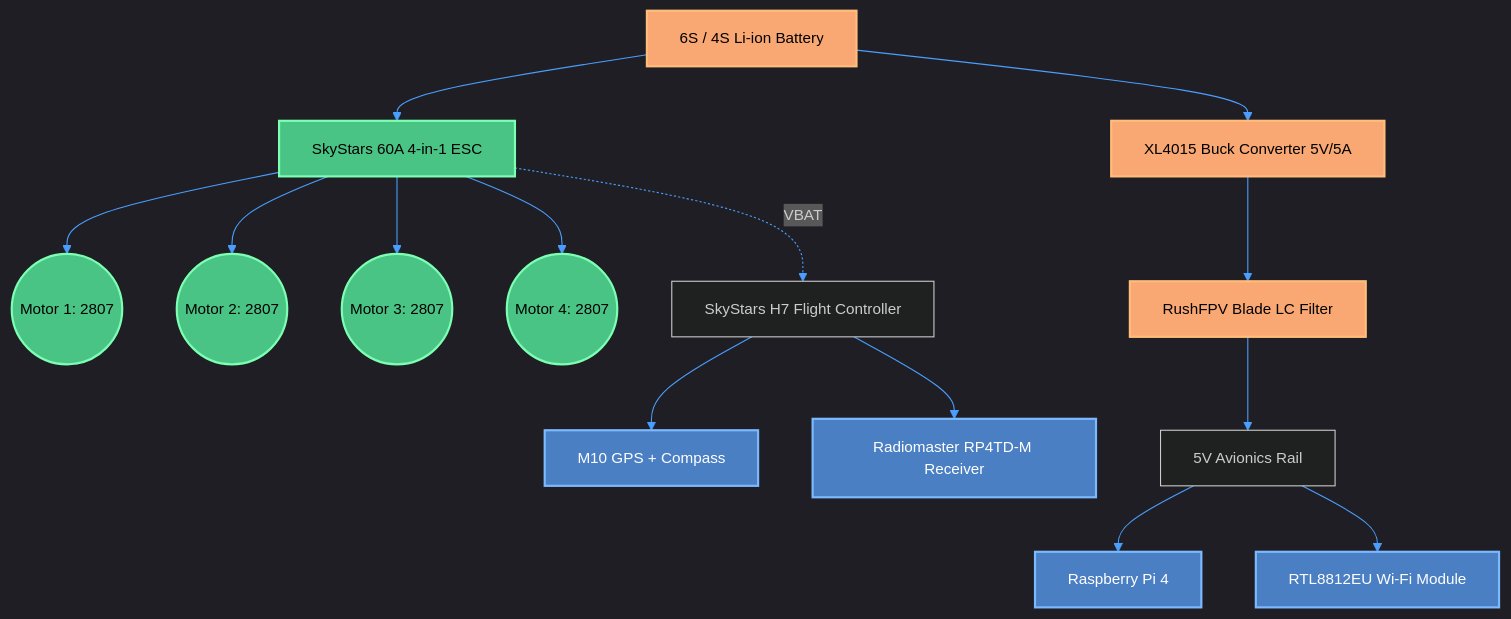
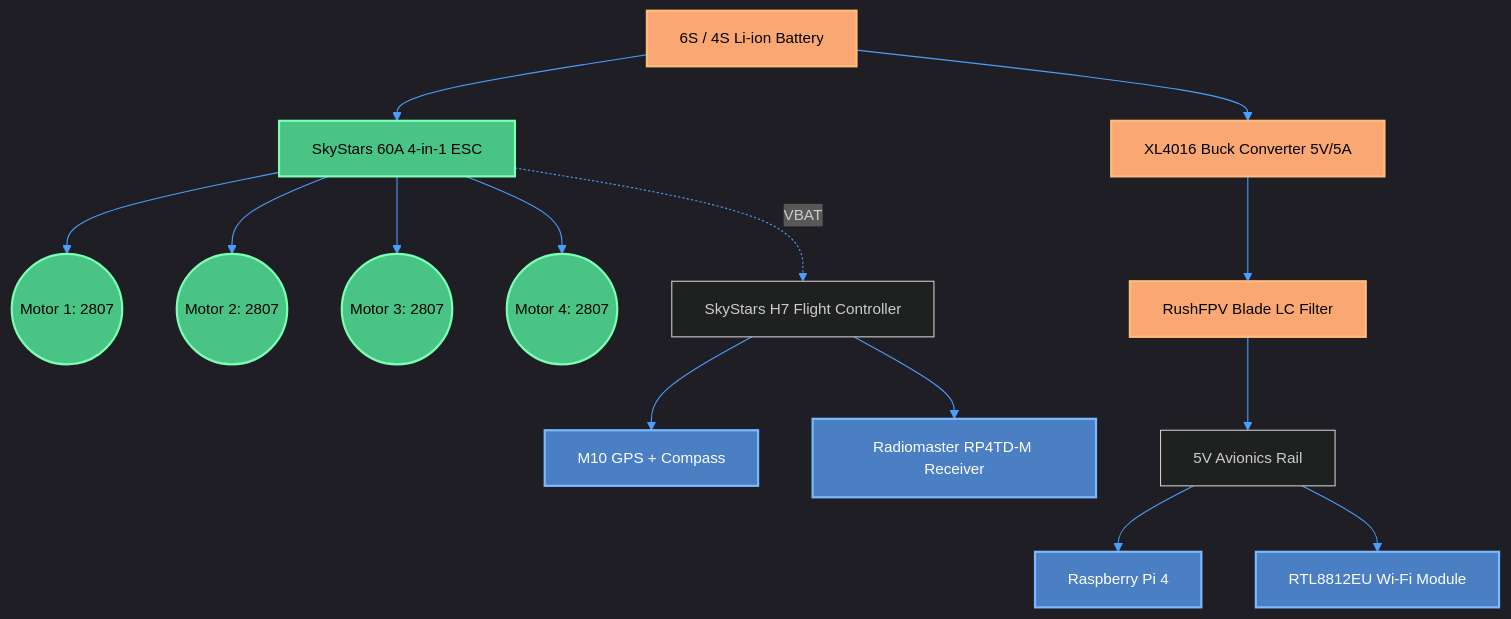
One commit to ironLegion88/Autonomous-UAV changed the first of 3 diagrams in docs/Power_Consumption_and_Budget.md. Above: the diagram before and after it, drawn with Mermaid. The commit also changed other lines of this file and 2 other files, not shown here.

````diff
--- a/docs/Power_Consumption_and_Budget.md
+++ b/docs/Power_Consumption_and_Budget.md
@@ -18,29 +18,29 @@
 ```mermaid
 %%{init: {'theme': 'dark', 'themeVariables': {'fontSize': '14px', 'primaryColor': '#1e1e1e', 'primaryTextColor': '#ffffff', 'primaryBorderColor': '#4a9eff', 'lineColor': '#4a9eff'}, 'flowchart': {'useMaxWidth': true}}}%%
 flowchart TD
     BAT[6S / 4S Li-ion Battery] --> ESC[SkyStars 60A 4-in-1 ESC]
-    BAT --> BUCK[XL4015 Buck Converter 5V/5A]
+    BAT --> BUCK[XL4016 Buck Converter 5V/5A]
     
     ESC --> M1((Motor 1: 2807))
     ESC --> M2((Motor 2: 2807))
     ESC --> M3((Motor 3: 2807))
     ESC --> M4((Motor 4: 2807))
     ESC -.->|VBAT| FC[SkyStars H7 Flight Controller]
 
     BUCK --> FILTER[RushFPV Blade LC Filter]
     FILTER --> PI5V[5V Avionics Rail]
     
     PI5V --> PI[Raspberry Pi 4]
     PI5V --> WIFI[RTL8812EU Wi-Fi Module]
     
     FC --> GPS[M10 GPS + Compass]
     FC --> ELRS[Radiomaster RP4TD-M Receiver]
 
     classDef power fill:#f9a873,stroke:#ffbc7a,stroke-width:2px,color:#000000;
     classDef avionics fill:#4a7fc4,stroke:#7cb9ff,stroke-width:2px,color:#ffffff;
     classDef propulsion fill:#4ac485,stroke:#7cffb3,stroke-width:2px,color:#000000;
     
     class BAT,BUCK,FILTER power;
     class PI,WIFI,GPS,ELRS avionics;
     class ESC,M1,M2,M3,M4 propulsion;
 ```
````
